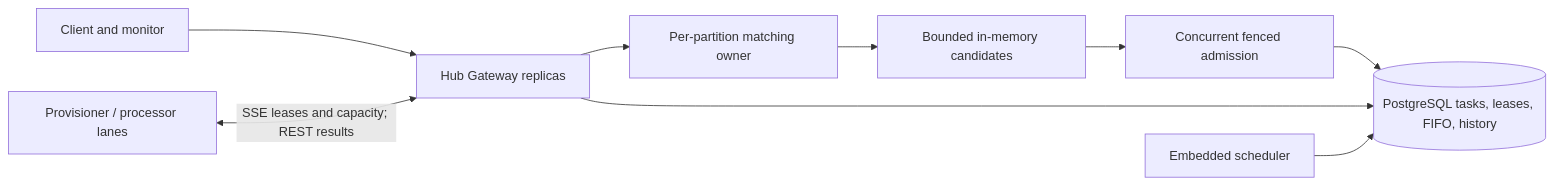
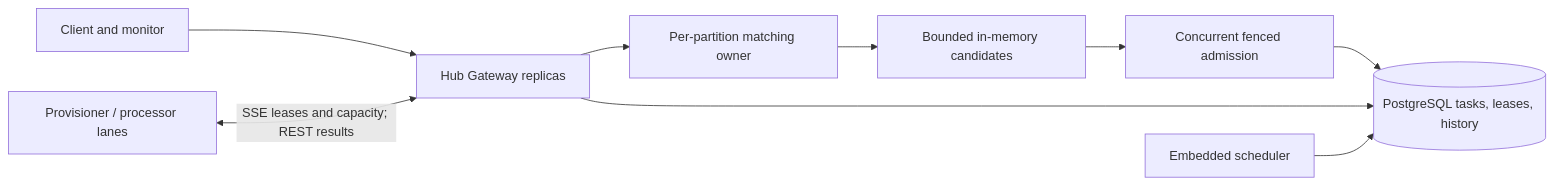
Before and after one commit to thanhhaictld/workflow-core: the first of 2 diagrams in scaling/README.md, drawn with Mermaid. The commit also changed other lines of this file and 94 other files, not shown here.

````diff
--- a/scaling/README.md
+++ b/scaling/README.md
@@ -36,11 +36,11 @@
 ```mermaid
 flowchart LR
     API[Client and monitor] --> HUB[Hub Gateway replicas]
     WORKER[Provisioner / processor lanes] <-->|SSE leases and capacity; REST results| HUB
     HUB --> OWNER[Per-partition matching owner]
     OWNER --> BUF[Bounded in-memory candidates]
     BUF --> ADMIT[Concurrent fenced admission]
-    ADMIT --> PG[(PostgreSQL tasks, leases, FIFO, history)]
+    ADMIT --> PG[(PostgreSQL tasks, leases, history)]
     HUB --> PG
     SCHED[Embedded scheduler] --> PG
 ```
````
